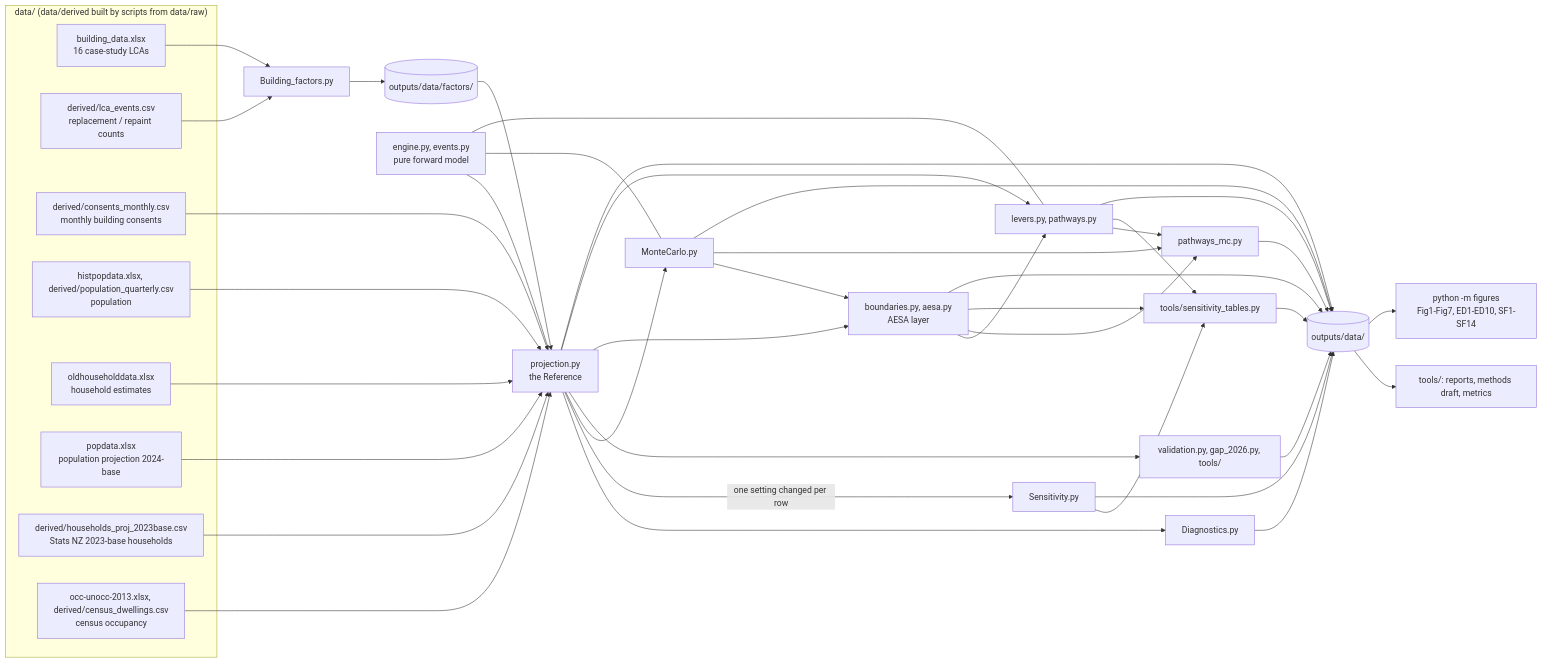
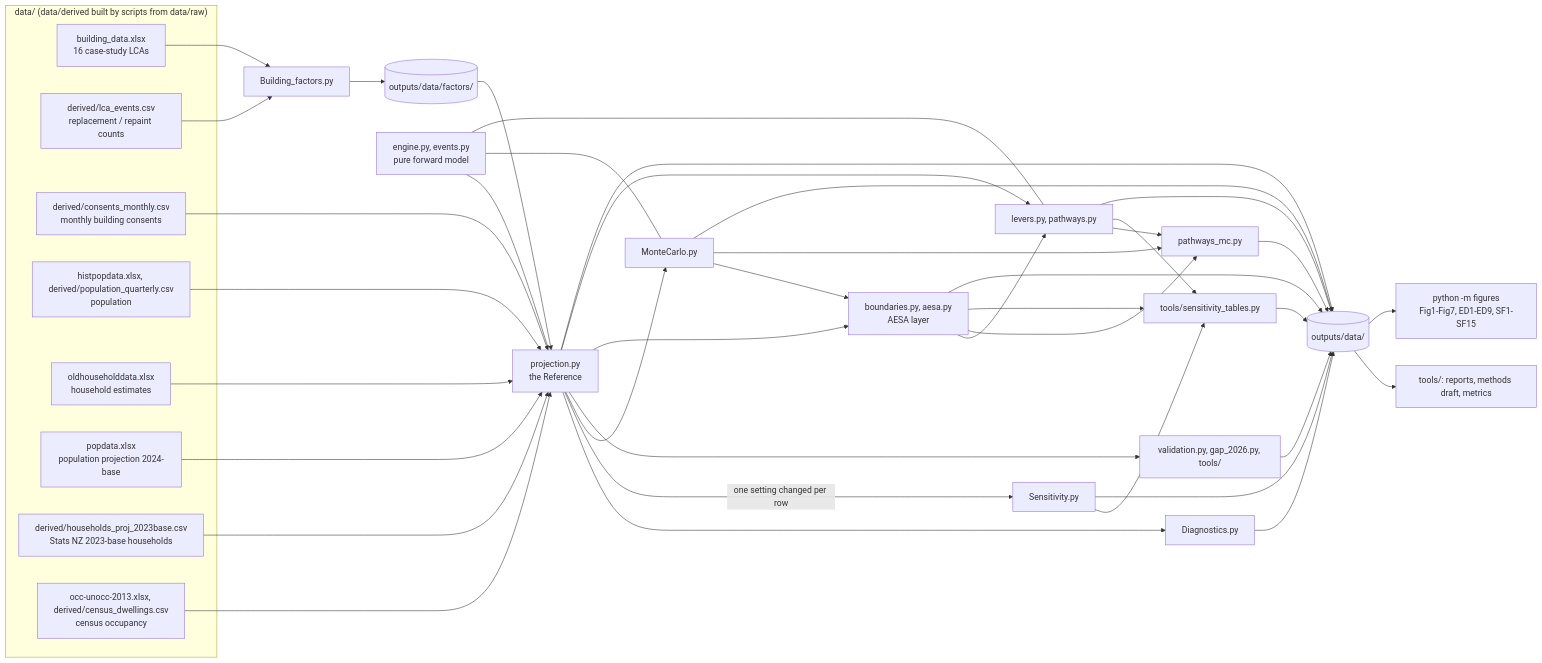
Before and after one commit to GerasimosChristoforatos/Pathway-Paper: the diagram in ARCHITECTURE.md, drawn with Mermaid. The commit also changed other lines of this file and 38 other files, not shown here.

First line of the commit message:
v4.8 code: C1-C4 committed range by material chemistry, Module D ED4 row, ED/SF reallocation, figure tidy

````diff
--- a/ARCHITECTURE.md
+++ b/ARCHITECTURE.md
@@ -51,31 +51,31 @@
 ```mermaid
 flowchart LR
     subgraph inputs["data/ (data/derived built by scripts from data/raw)"]
         BD[building_data.xlsx<br/>16 case-study LCAs]
         EV[derived/lca_events.csv<br/>replacement / repaint counts]
         CM[derived/consents_monthly.csv<br/>monthly building consents]
         HP[histpopdata.xlsx, derived/population_quarterly.csv<br/>population]
         OH[oldhouseholddata.xlsx<br/>household estimates]
         PP[popdata.xlsx<br/>population projection 2024-base]
         HH[derived/households_proj_2023base.csv<br/>Stats NZ 2023-base households]
         CE[occ-unocc-2013.xlsx, derived/census_dwellings.csv<br/>census occupancy]
     end
     BF[Building_factors.py] --> F[("outputs/data/factors/")]
     BD & EV --> BF
     F --> PROJ[projection.py<br/>the Reference]
     ENG[engine.py, events.py<br/>pure forward model] --- PROJ
     ENG --- MC
     ENG --- PW
     CM & HP & OH & PP & HH & CE --> PROJ
     PROJ --> DIAG[Diagnostics.py]
     PROJ -->|one setting changed per row| SENS[Sensitivity.py]
     PROJ --> MC[MonteCarlo.py]
     PROJ --> VAL[validation.py, gap_2026.py, tools/]
     PROJ & MC --> BND[boundaries.py, aesa.py<br/>AESA layer]
     PROJ & BND --> PW[levers.py, pathways.py]
     MC & BND & PW --> PMC[pathways_mc.py]
     SENS & BND & PW --> ST[tools/sensitivity_tables.py]
     PROJ & DIAG & SENS & MC & VAL & BND & PW & PMC & ST --> DATA[("outputs/data/")]
     DATA --> REP[tools/: reports, methods draft, metrics]
-    DATA --> FIG["python -m figures<br/>Fig1-Fig7, ED1-ED10, SF1-SF14"]
+    DATA --> FIG["python -m figures<br/>Fig1-Fig7, ED1-ED9, SF1-SF15"]
 ```
````
